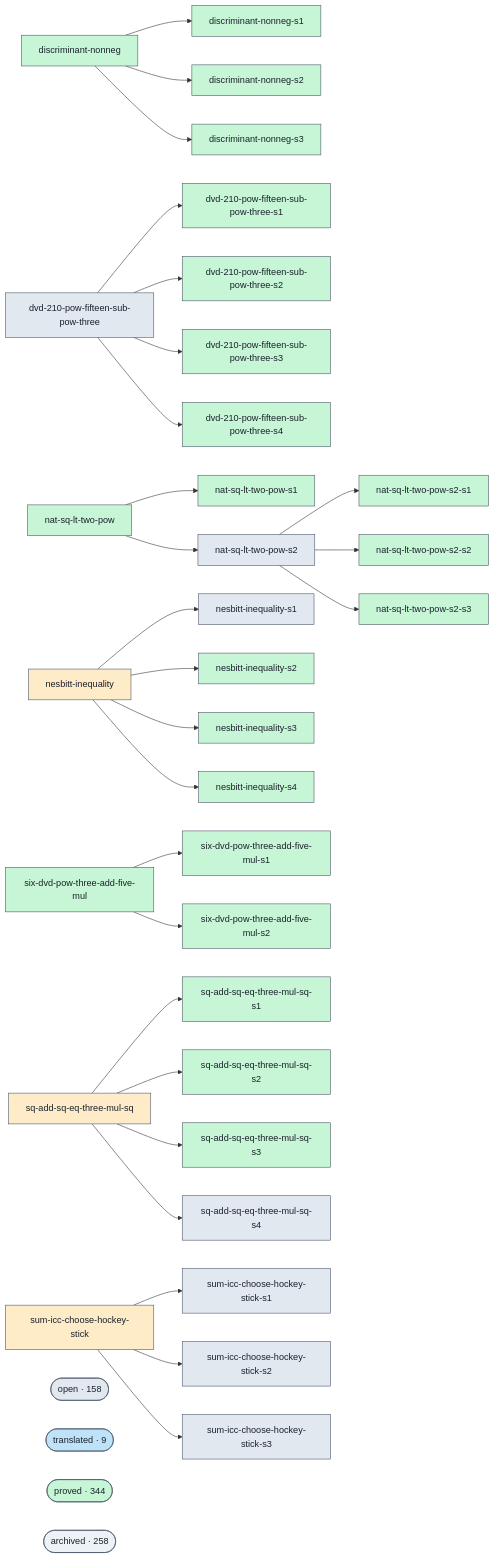
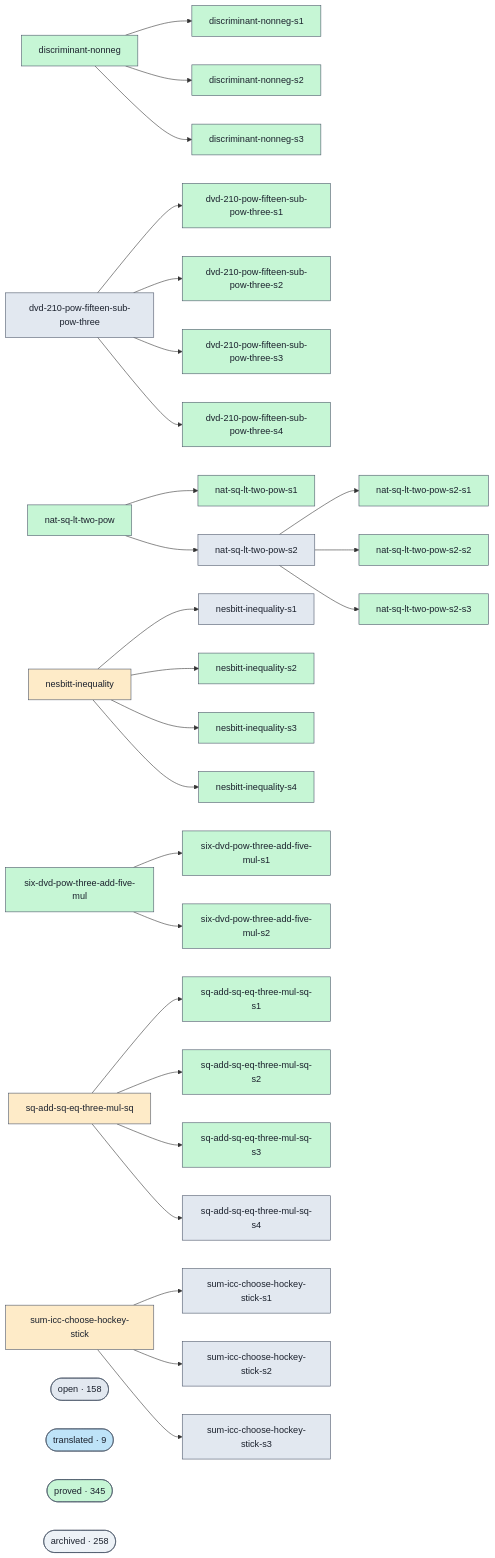
The diagram in docs/proofs-contributors-visualisation.md (ohdearquant/unsorry), drawn with Mermaid before and after one commit. The commit also changed other lines of this file and 2 other files, not shown here.

```diff
--- a/docs/proofs-contributors-visualisation.md
+++ b/docs/proofs-contributors-visualisation.md
@@ -147,7 +147,7 @@
   class cluster_open open;
   cluster_translated(["translated · 9"])
   class cluster_translated translated;
-  cluster_proved(["proved · 344"])
+  cluster_proved(["proved · 345"])
   class cluster_proved proved;
   cluster_archived(["archived · 258"])
   class cluster_archived unknown;
```
